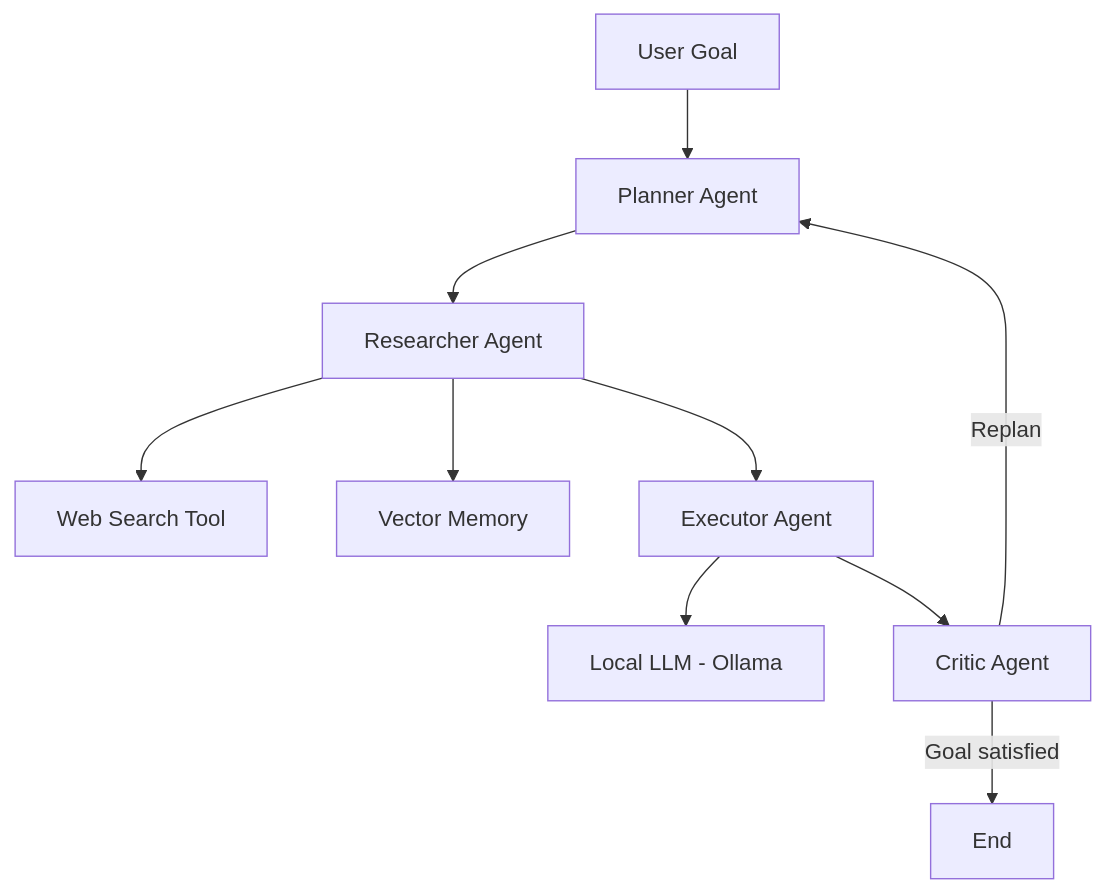
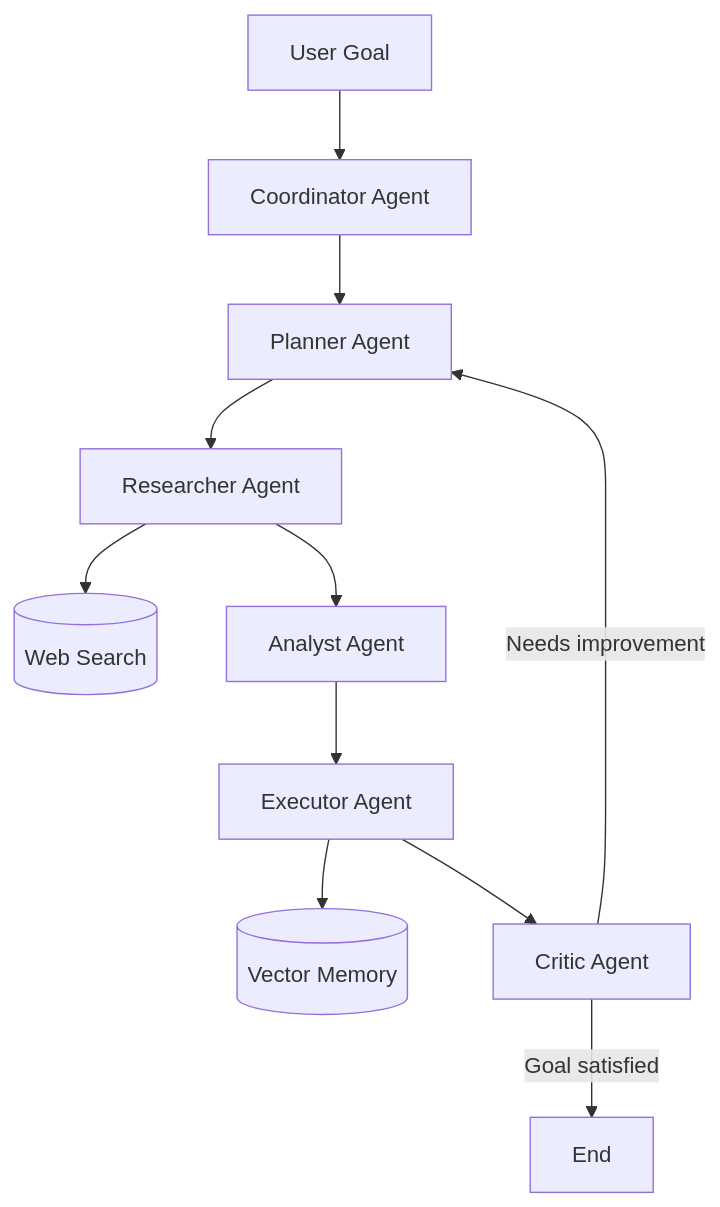
One commit to AlexChariot/agent-system-advanced changed the first of 4 diagrams in README.md. Above: the diagram before and after it, drawn with Mermaid. The commit also changed other lines of this file and 15 other files, not shown here.

````diff
--- a/README.md
+++ b/README.md
@@ -180,26 +39,32 @@
 ```mermaid
 flowchart TD
 
-    User[User Goal]
+User[User Goal]
 
-    Planner[Planner Agent]
-    Researcher[Researcher Agent]
-    Executor[Executor Agent]
-    Critic[Critic Agent]
+Coordinator[Coordinator Agent]
 
-    Web[Web Search Tool]
-    Memory[Vector Memory]
+Planner[Planner Agent]
+Researcher[Researcher Agent]
+Analyst[Analyst Agent]
+Executor[Executor Agent]
+Critic[Critic Agent]
 
-    LLM[Local LLM - Ollama]
+Memory[(Vector Memory)]
+WebSearch[(Web Search)]
 
-    User --> Planner
-    Planner --> Researcher
-    Researcher --> Web
-    Researcher --> Memory
-    Researcher --> Executor
-    Executor --> LLM
-    Executor --> Critic
+User --> Coordinator
+Coordinator --> Planner
 
-    Critic -->|Goal satisfied| End
-    Critic -->|Replan| Planner
+Planner --> Researcher
+Researcher --> WebSearch
+
+Researcher --> Analyst
+Analyst --> Executor
+
+Executor --> Memory
+Executor --> Critic
+
+Critic -- Goal satisfied --> End[End]
+
+Critic -- Needs improvement --> Planner
 ```
````
